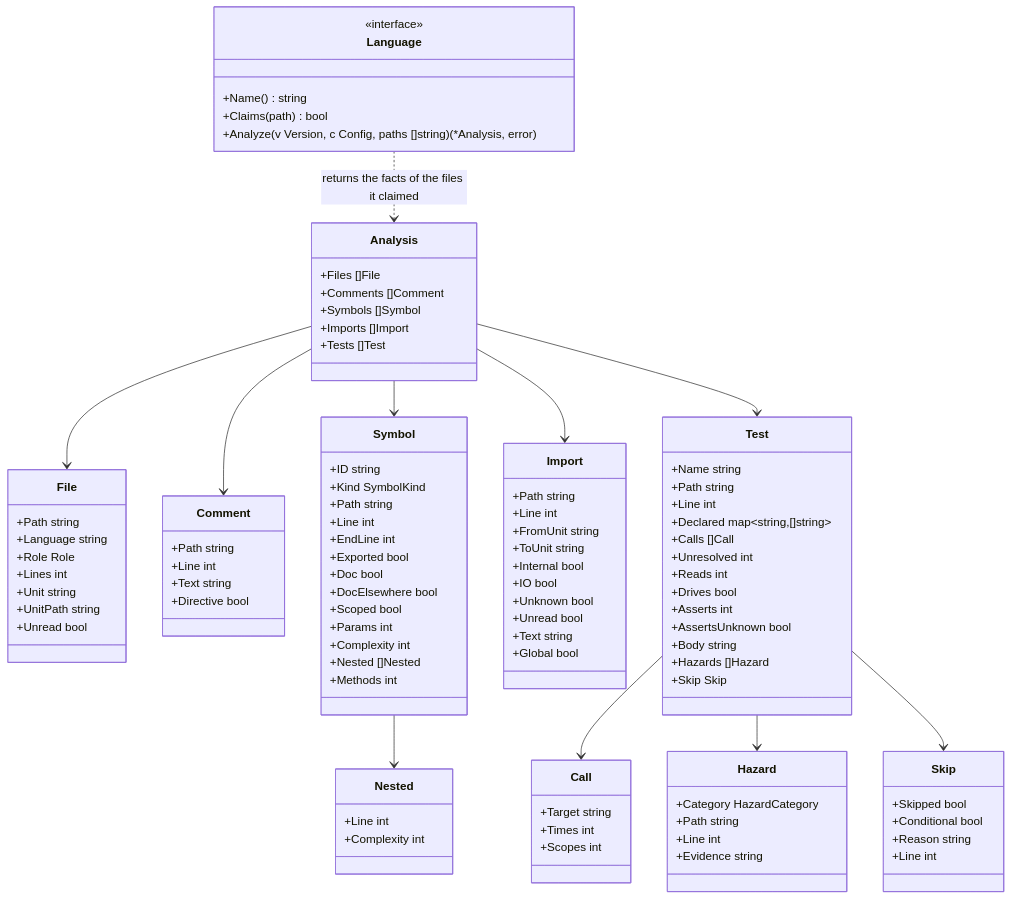
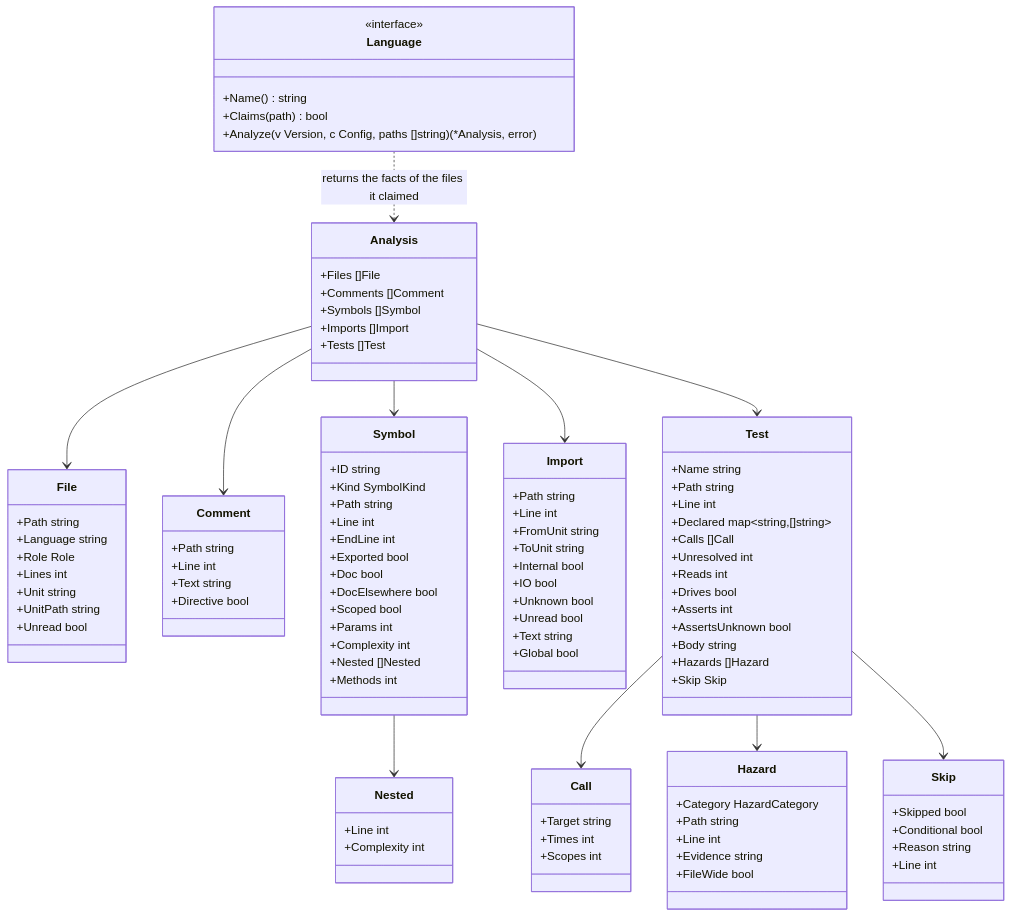
The diagram in docs/design/adapters.md (rerorets/hadome), drawn with Mermaid before and after one commit. The commit also changed other lines of this file and 29 other files, not shown here.

```diff
--- a/docs/design/adapters.md
+++ b/docs/design/adapters.md
@@ -100,6 +100,7 @@
     +Path string
     +Line int
     +Evidence string
+    +FileWide bool
   }
   class Skip {
     +Skipped bool
```
